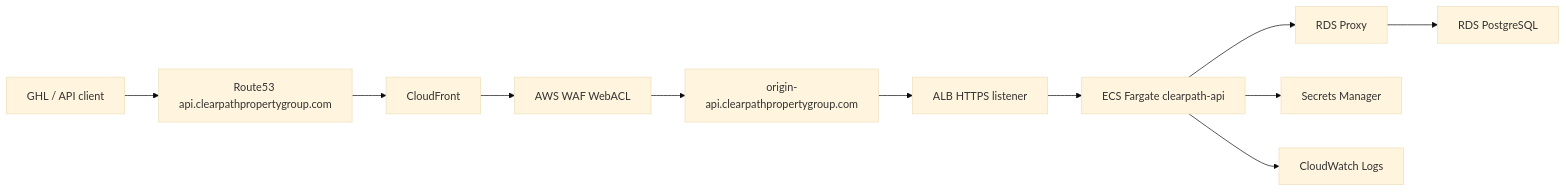
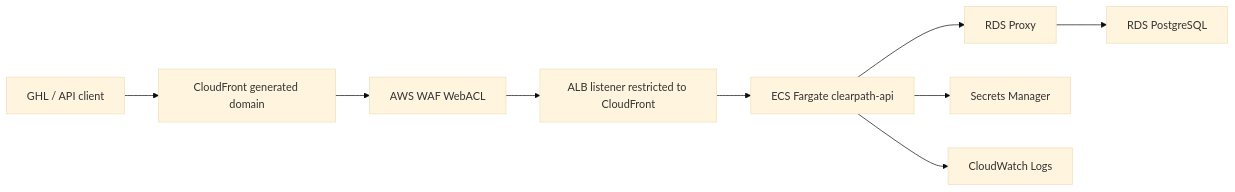
The diagram in README.md (manynames3/clearpath-fargate-api), drawn with Mermaid (base theme) before and after one commit. The commit also changed other lines of this file and 21 other files, not shown here.

````diff
--- a/README.md
+++ b/README.md
@@ -157,13 +159,11 @@
 ```mermaid
 flowchart LR
-    client["GHL / API client"] --> r53["Route53 api.clearpathpropertygroup.com"]
-    r53 --> cf["CloudFront"]
+    client["GHL / API client"] --> cf["CloudFront generated domain"]
     cf --> waf["AWS WAF WebACL"]
-    waf --> origin["origin-api.clearpathpropertygroup.com"]
-    origin --> alb["ALB HTTPS listener"]
+    waf --> alb["ALB listener restricted to CloudFront"]
     alb --> ecs["ECS Fargate clearpath-api"]
     ecs --> proxy["RDS Proxy"]
     proxy --> db["RDS PostgreSQL"]
     ecs --> secrets["Secrets Manager"]
     ecs --> logs["CloudWatch Logs"]
 ```
````
